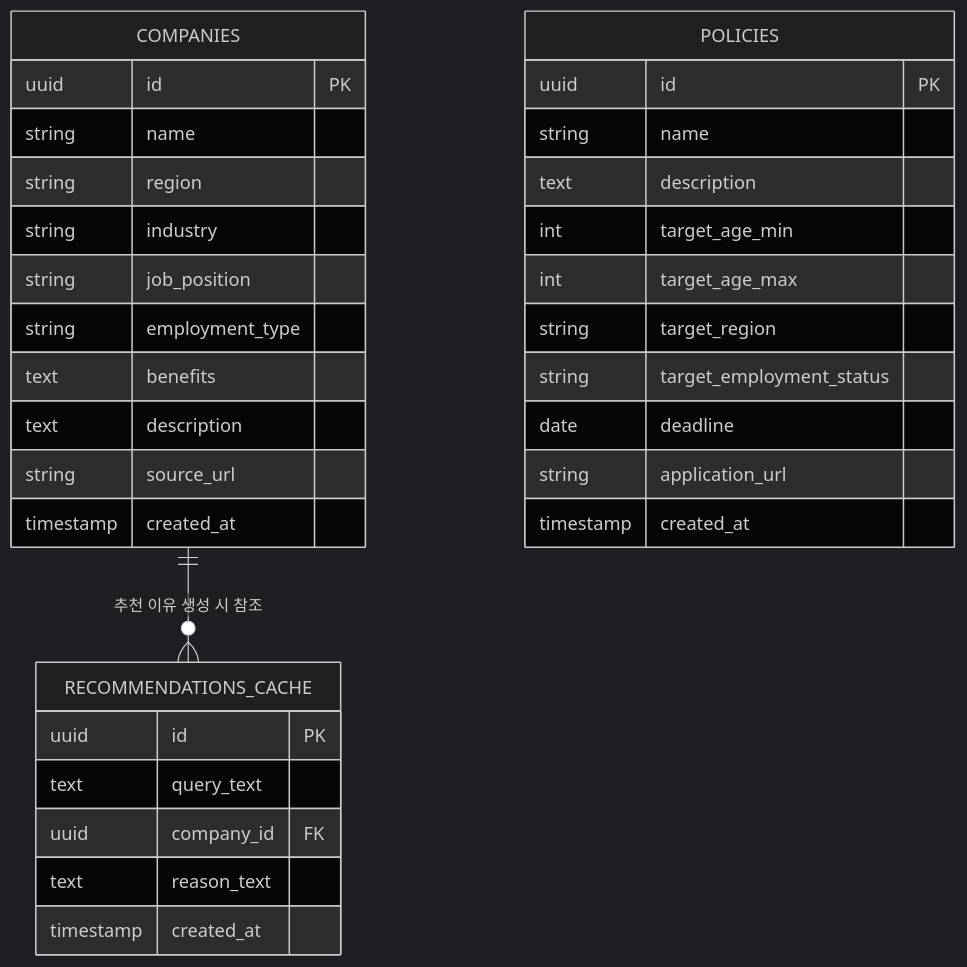
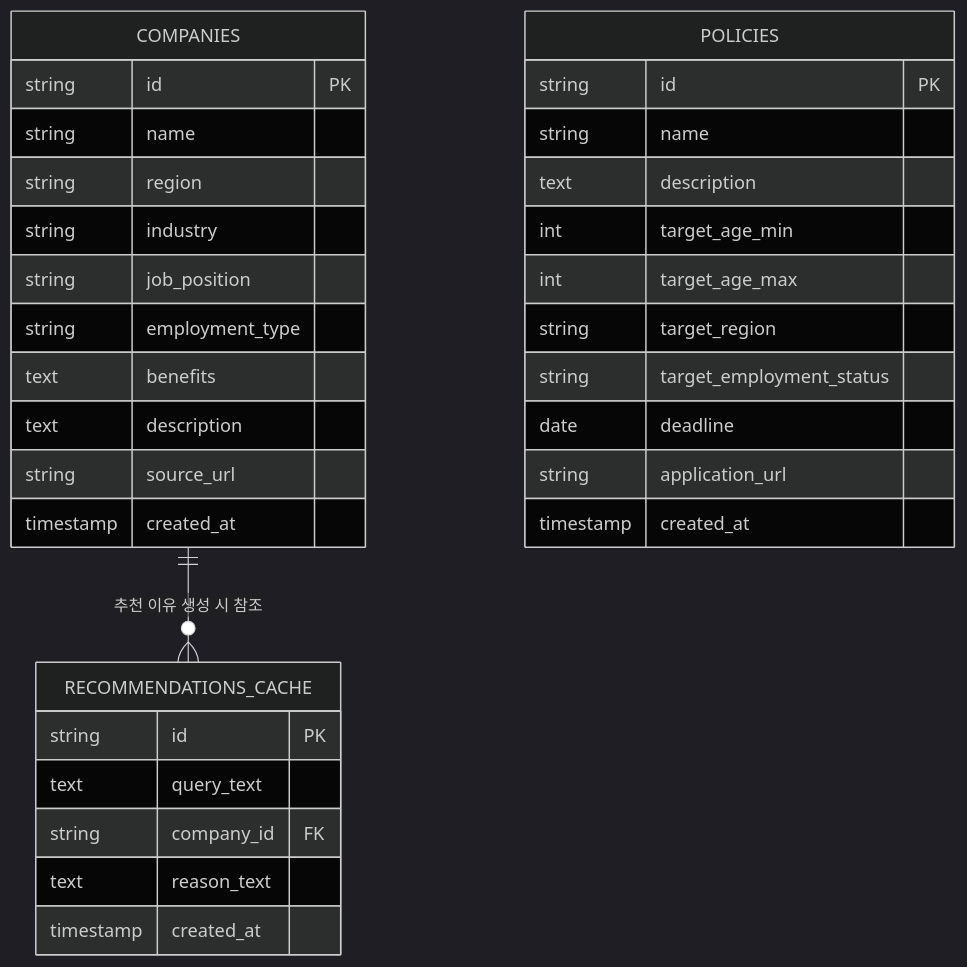
The second of 4 diagrams in FE/PRD.md (ChoiPython/Aihack), drawn with Mermaid (dark theme) before and after one commit. The commit also changed other lines of this file and 7 other files, not shown here.

````diff
--- a/FE/PRD.md
+++ b/FE/PRD.md
@@ -321,35 +335,35 @@
 ```mermaid
 erDiagram
     COMPANIES ||--o{ RECOMMENDATIONS_CACHE : "추천 이유 생성 시 참조"
     COMPANIES {
-        uuid id PK
+        string id PK
         string name
         string region
         string industry
         string job_position
         string employment_type
         text benefits
         text description
         string source_url
         timestamp created_at
     }
     POLICIES {
-        uuid id PK
+        string id PK
         string name
         text description
         int target_age_min
         int target_age_max
         string target_region
         string target_employment_status
         date deadline
         string application_url
         timestamp created_at
     }
     RECOMMENDATIONS_CACHE {
-        uuid id PK
+        string id PK
         text query_text
-        uuid company_id FK
+        string company_id FK
         text reason_text
         timestamp created_at
     }
 ```
````
